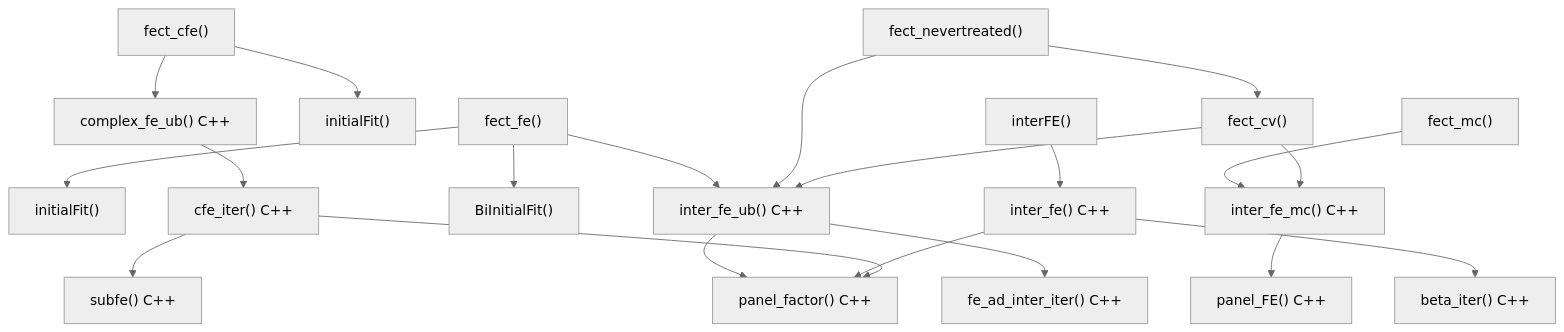
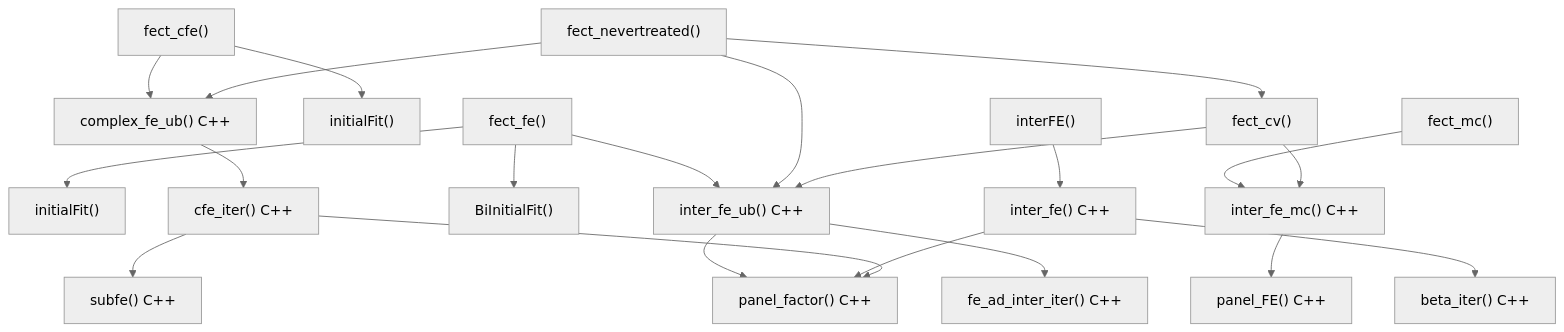
One commit to xuyiqing/fect changed the third of 4 diagrams in architecture.md. Above: the diagram before and after it, drawn with Mermaid. The commit also changed other lines of this file and 6 other files, not shown here.

First line of the commit message:
feat: add CFE bifurcation to fect_nevertreated (Phase 3a)

````diff
--- a/architecture.md
+++ b/architecture.md
@@ -202,32 +203,33 @@
 ```mermaid
 %%{init: {'theme': 'neutral'}}%%
 graph TD
     fect_fe["fect_fe()"] --> initialFit["initialFit()"]
     fect_fe --> inter_fe_ub["inter_fe_ub() C++"]
     fect_fe --> BiInitialFit["BiInitialFit()"]
 
     fect_cfe["fect_cfe()"] --> initialFit2["initialFit()"]
     fect_cfe --> complex_fe_ub["complex_fe_ub() C++"]
 
     fect_mc["fect_mc()"] --> inter_fe_mc["inter_fe_mc() C++"]
 
     fect_nevertreated["fect_nevertreated()"] --> inter_fe_ub
+    fect_nevertreated --> complex_fe_ub
     fect_nevertreated --> fect_cv["fect_cv()"]
 
     complex_fe_ub --> cfe_iter["cfe_iter() C++"]
 
     inter_fe_ub --> fe_ad["fe_ad_inter_iter() C++"]
     inter_fe_ub --> panel_factor["panel_factor() C++"]
 
     inter_fe_mc --> panel_FE["panel_FE() C++"]
 
     interFE["interFE()"] --> inter_fe["inter_fe() C++"]
     inter_fe --> panel_factor
     inter_fe --> beta_iter["beta_iter() C++"]
 
     cfe_iter --> subfe["subfe() C++"]
     cfe_iter --> panel_factor
 
     fect_cv --> inter_fe_ub
     fect_cv --> inter_fe_mc
 ```
````
